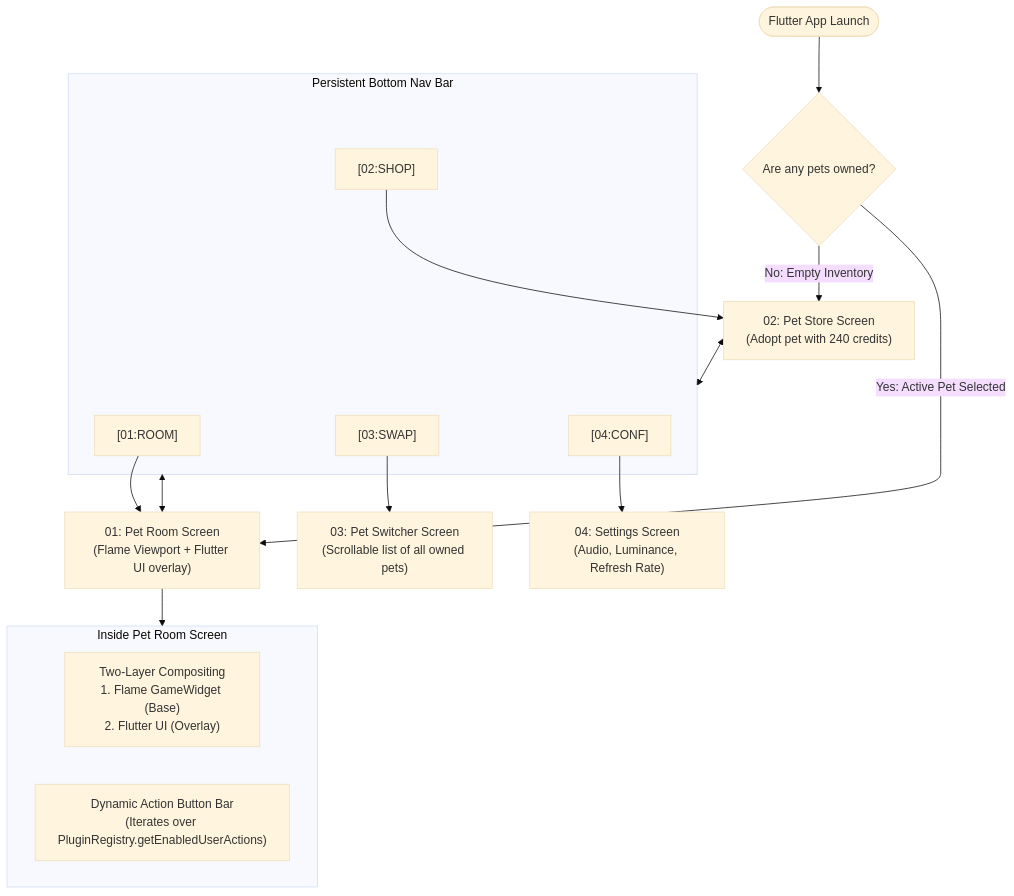
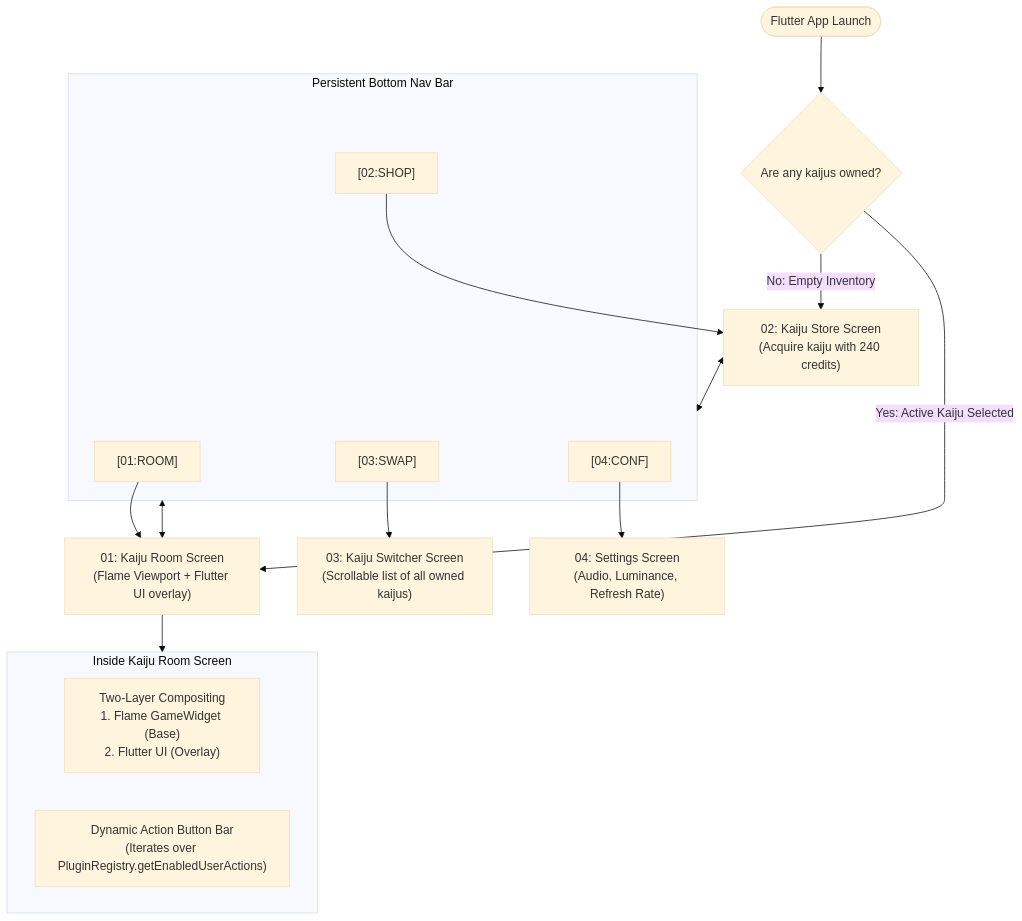
Before and after one commit to TheMrCorvy/HATCH.REF: the diagram in Documentation/Design/04-screens-flow-and-navigation.md, drawn with Mermaid (base theme). The commit also changed other lines of this file and 47 other files, not shown here.

Commit message:
switched from normal pets to kaiju

````diff
--- a/Documentation/Design/04-screens-flow-and-navigation.md
+++ b/Documentation/Design/04-screens-flow-and-navigation.md
@@ -9,29 +9,29 @@
 ```mermaid
 flowchart TD
-    AppLaunch([Flutter App Launch]) --> CheckPets{Are any pets owned?}
+    AppLaunch([Flutter App Launch]) --> CheckPets{Are any kaijus owned?}
 
-    CheckPets -->|No: Empty Inventory| StoreScreen["02: Pet Store Screen\n(Adopt pet with 240 credits)"]
-    CheckPets -->|Yes: Active Pet Selected| RoomScreen["01: Pet Room Screen\n(Flame Viewport + Flutter UI overlay)"]
+    CheckPets -->|No: Empty Inventory| StoreScreen["02: Kaiju Store Screen\n(Acquire kaiju with 240 credits)"]
+    CheckPets -->|Yes: Active Kaiju Selected| RoomScreen["01: Kaiju Room Screen\n(Flame Viewport + Flutter UI overlay)"]
 
     subgraph BottomNav["Persistent Bottom Nav Bar"]
         NavRoom["[01:ROOM]"]
         NavStore["[02:SHOP]"]
         NavSwitch["[03:SWAP]"]
         NavSettings["[04:CONF]"]
     end
 
     RoomScreen <--> BottomNav
     StoreScreen <--> BottomNav
 
     NavRoom --> RoomScreen
     NavStore --> StoreScreen
-    NavSwitch --> SwitchScreen["03: Pet Switcher Screen\n(Scrollable list of all owned pets)"]
+    NavSwitch --> SwitchScreen["03: Kaiju Switcher Screen\n(Scrollable list of all owned kaijus)"]
     NavSettings --> SettingsScreen["04: Settings Screen\n(Audio, Luminance, Refresh Rate)"]
 
-    subgraph RoomDynamic["Inside Pet Room Screen"]
+    subgraph RoomDynamic["Inside Kaiju Room Screen"]
         CompositingLayer["Two-Layer Compositing\n1. Flame GameWidget (Base)\n2. Flutter UI (Overlay)"]
         ActionBar["Dynamic Action Button Bar\n(Iterates over PluginRegistry.getEnabledUserActions)"]
     end
 
     RoomScreen --> RoomDynamic
 ```
````
